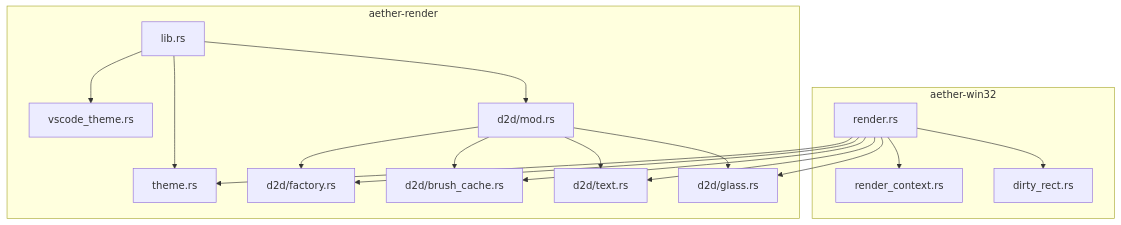
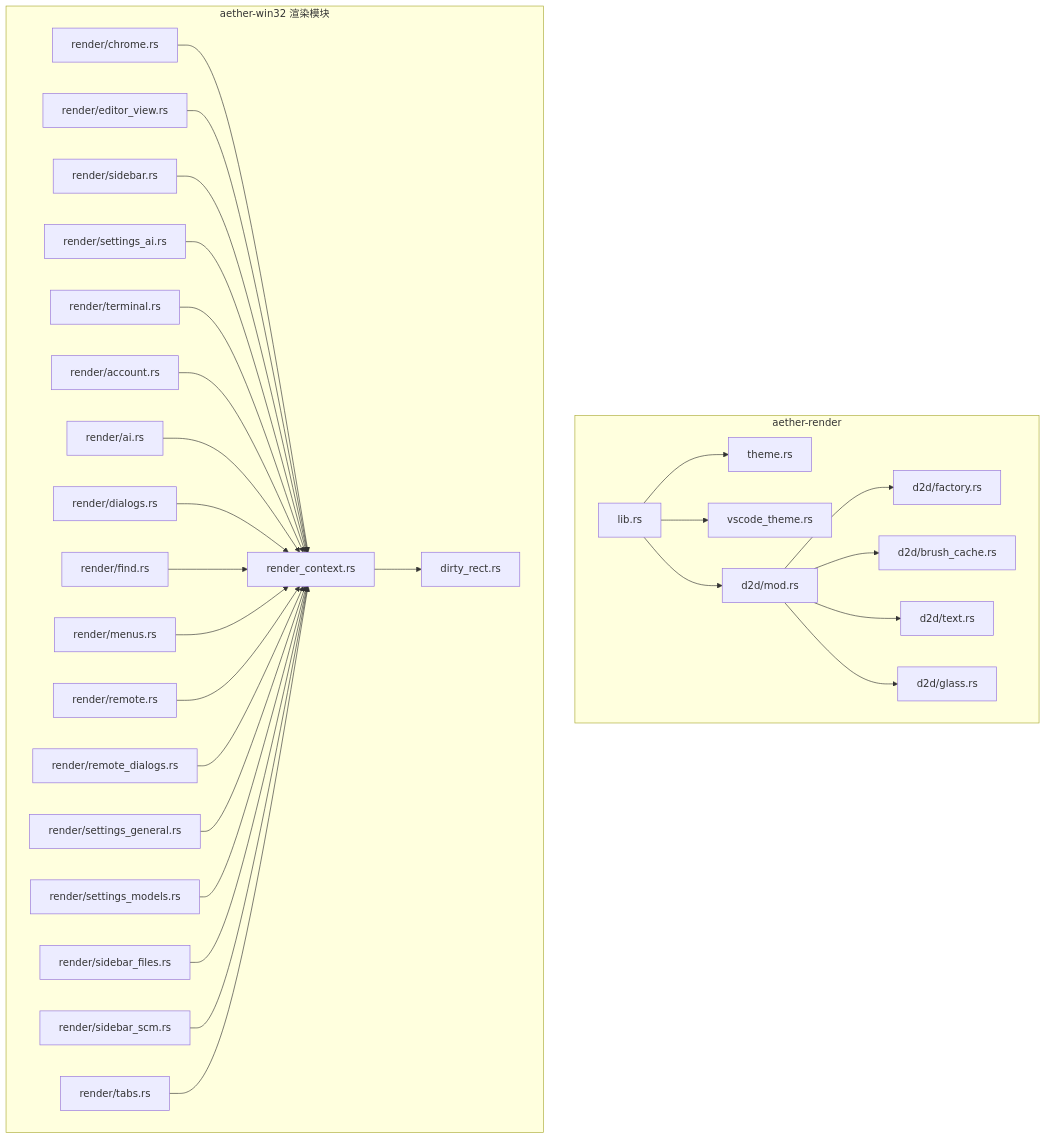
One commit to songdiyang/AetherStudio changed the first of 8 diagrams in .qoder/repowiki/zh/content/架构设计/渲染引擎架构/渲染引擎架构.md. Above: the diagram before and after it, drawn with Mermaid. The commit also changed other lines of this file and 25 other files, not shown here.

````diff
--- a/.qoder/repowiki/zh/content/架构设计/渲染引擎架构/渲染引擎架构.md
+++ b/.qoder/repowiki/zh/content/架构设计/渲染引擎架构/渲染引擎架构.md
@@ -44,32 +71,59 @@
 ```mermaid
 graph TB
 subgraph "aether-render"
 R_LIB["lib.rs"]
 THEME["theme.rs"]
 VSCODE["vscode_theme.rs"]
 D2D_MOD["d2d/mod.rs"]
 FACTORY["d2d/factory.rs"]
 BRUSH["d2d/brush_cache.rs"]
 TEXT["d2d/text.rs"]
 GLASS["d2d/glass.rs"]
 end
-subgraph "aether-win32"
-WIN_RENDER["render.rs"]
+subgraph "aether-win32 渲染模块"
 WIN_CTX["render_context.rs"]
 DIRTY["dirty_rect.rs"]
+RENDER_CHROME["render/chrome.rs"]
+RENDER_EDITOR["render/editor_view.rs"]
+RENDER_SIDEBAR["render/sidebar.rs"]
+RENDER_SETTINGS_AI["render/settings_ai.rs"]
+RENDER_TERMINAL["render/terminal.rs"]
+RENDER_ACCOUNT["render/account.rs"]
+RENDER_AI["render/ai.rs"]
+RENDER_DIALOGS["render/dialogs.rs"]
+RENDER_FIND["render/find.rs"]
+RENDER_MENUS["render/menus.rs"]
+RENDER_REMOTE["render/remote.rs"]
+RENDER_REMOTE_DLG["render/remote_dialogs.rs"]
+RENDER_SETTINGS_GEN["render/settings_general.rs"]
+RENDER_SETTINGS_MODELS["render/settings_models.rs"]
+RENDER_SIDEBAR_FILES["render/sidebar_files.rs"]
+RENDER_SIDEBAR_SCM["render/sidebar_scm.rs"]
+RENDER_TABS["render/tabs.rs"]
 end
 R_LIB --> THEME
 R_LIB --> VSCODE
 R_LIB --> D2D_MOD
 D2D_MOD --> FACTORY
 D2D_MOD --> BRUSH
 D2D_MOD --> TEXT
 D2D_MOD --> GLASS
-WIN_RENDER --> WIN_CTX
-WIN_RENDER --> DIRTY
-WIN_RENDER --> THEME
-WIN_RENDER --> BRUSH
-WIN_RENDER --> FACTORY
-WIN_RENDER --> TEXT
-WIN_RENDER --> GLASS
+WIN_CTX --> DIRTY
+RENDER_CHROME --> WIN_CTX
+RENDER_EDITOR --> WIN_CTX
+RENDER_SIDEBAR --> WIN_CTX
+RENDER_SETTINGS_AI --> WIN_CTX
+RENDER_TERMINAL --> WIN_CTX
+RENDER_ACCOUNT --> WIN_CTX
+RENDER_AI --> WIN_CTX
+RENDER_DIALOGS --> WIN_CTX
+RENDER_FIND --> WIN_CTX
+RENDER_MENUS --> WIN_CTX
+RENDER_REMOTE --> WIN_CTX
+RENDER_REMOTE_DLG --> WIN_CTX
+RENDER_SETTINGS_GEN --> WIN_CTX
+RENDER_SETTINGS_MODELS --> WIN_CTX
+RENDER_SIDEBAR_FILES --> WIN_CTX
+RENDER_SIDEBAR_SCM --> WIN_CTX
+RENDER_TABS --> WIN_CTX
 ```
````
